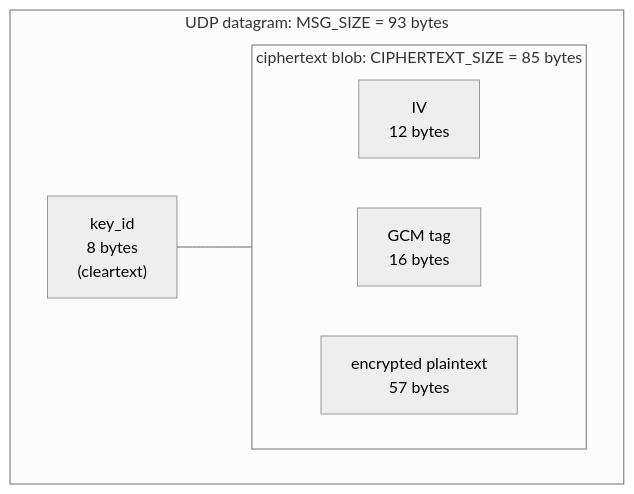
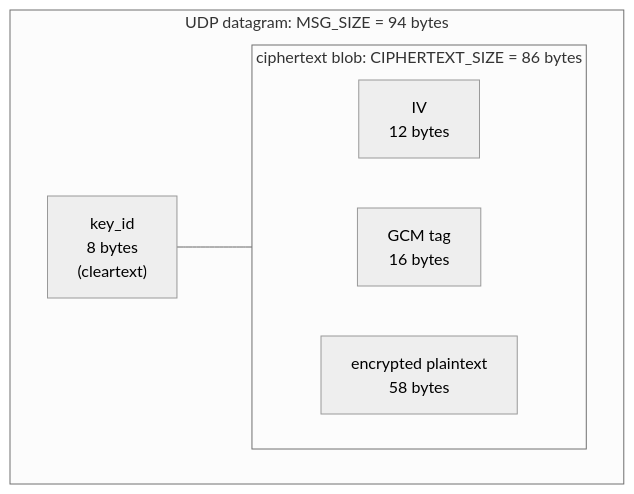
Before and after one commit to beac0n/ruroco: the first of 2 diagrams in docs/src/architecture/protocol.md, drawn with Mermaid (neutral theme). The commit also changed other lines of this file and 15 other files, not shown here.

````diff
--- a/docs/src/architecture/protocol.md
+++ b/docs/src/architecture/protocol.md
@@ -22,14 +23,14 @@
 ```mermaid
 flowchart LR
-    subgraph packet["UDP datagram: MSG_SIZE = 93 bytes"]
+    subgraph packet["UDP datagram: MSG_SIZE = 94 bytes"]
         direction LR
         kid["key_id<br/>8 bytes<br/>(cleartext)"]
-        subgraph ct["ciphertext blob: CIPHERTEXT_SIZE = 85 bytes"]
+        subgraph ct["ciphertext blob: CIPHERTEXT_SIZE = 86 bytes"]
             direction LR
             iv["IV<br/>12 bytes"]
             tag["GCM tag<br/>16 bytes"]
-            enc["encrypted plaintext<br/>57 bytes"]
+            enc["encrypted plaintext<br/>58 bytes"]
         end
     end
     kid --- iv
 ```
````
